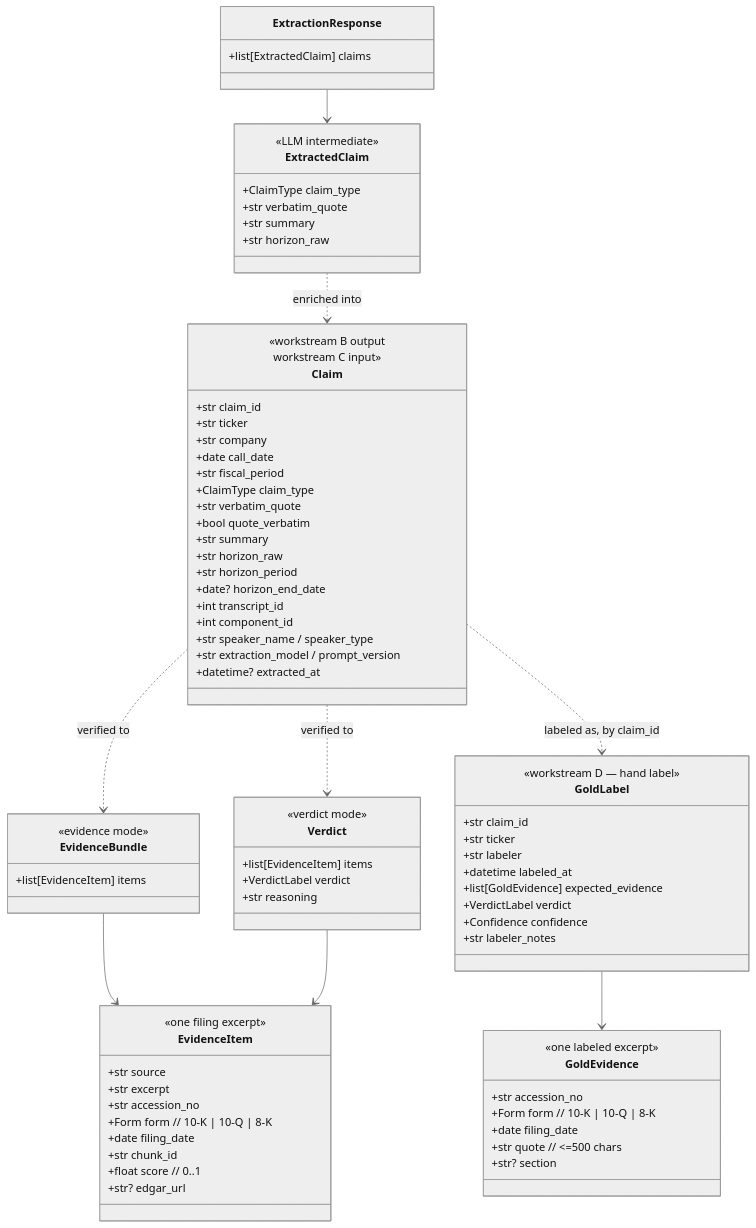
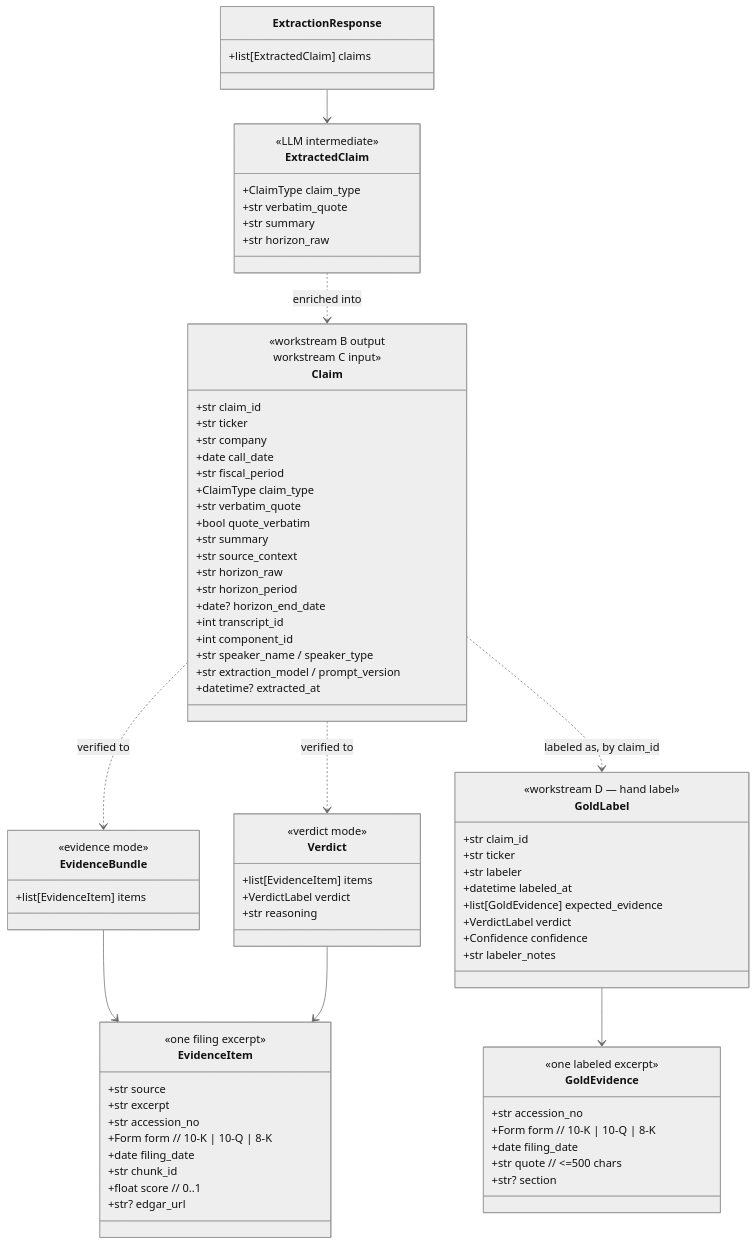
One commit to thomashillenbrand/finm-33200-group7 changed the second of 8 diagrams in docs/architecture.md. Above: the diagram before and after it, drawn with Mermaid (neutral theme). The commit also changed other lines of this file and 9 other files, not shown here.

```diff
--- a/docs/architecture.md
+++ b/docs/architecture.md
@@ -128,6 +128,7 @@
       +str verbatim_quote
       +bool quote_verbatim
       +str summary
+      +str source_context
       +str horizon_raw
       +str horizon_period
       +date? horizon_end_date
```
